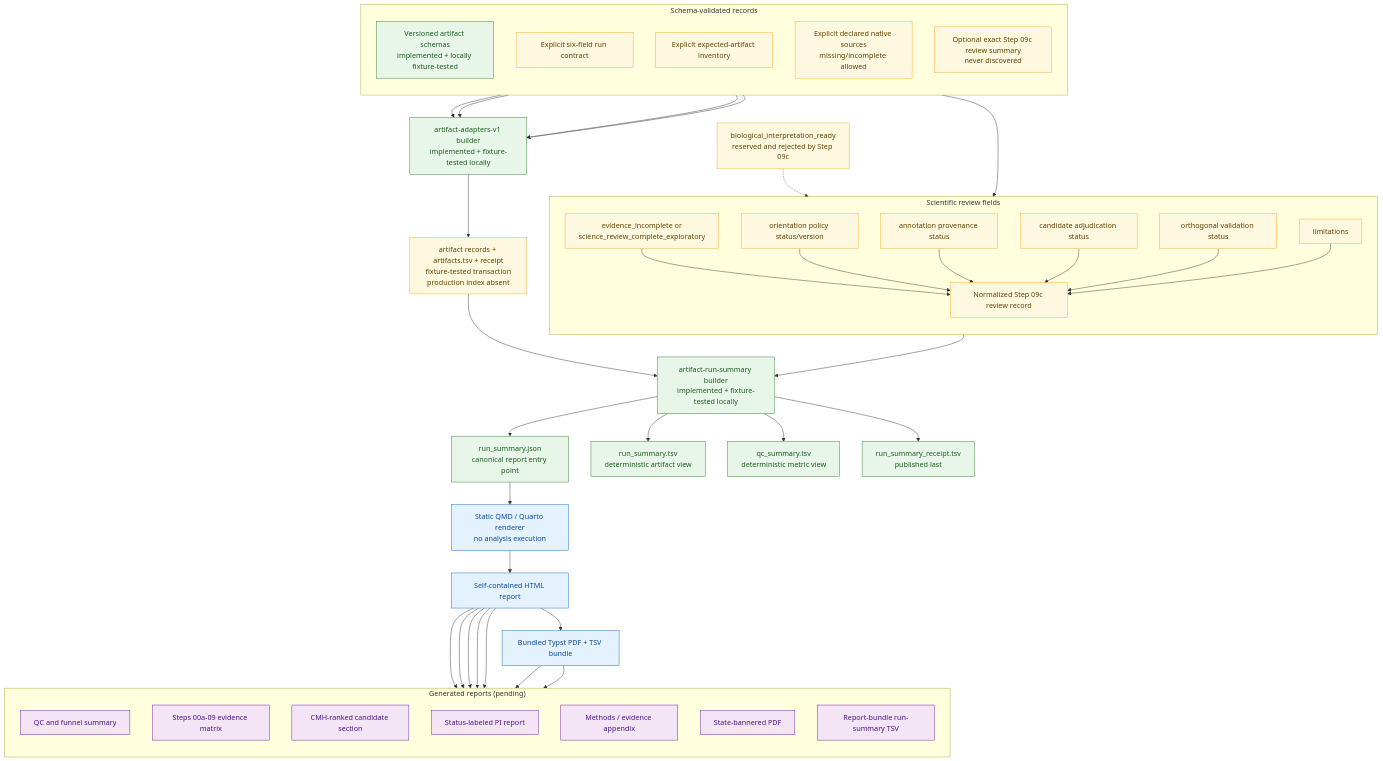
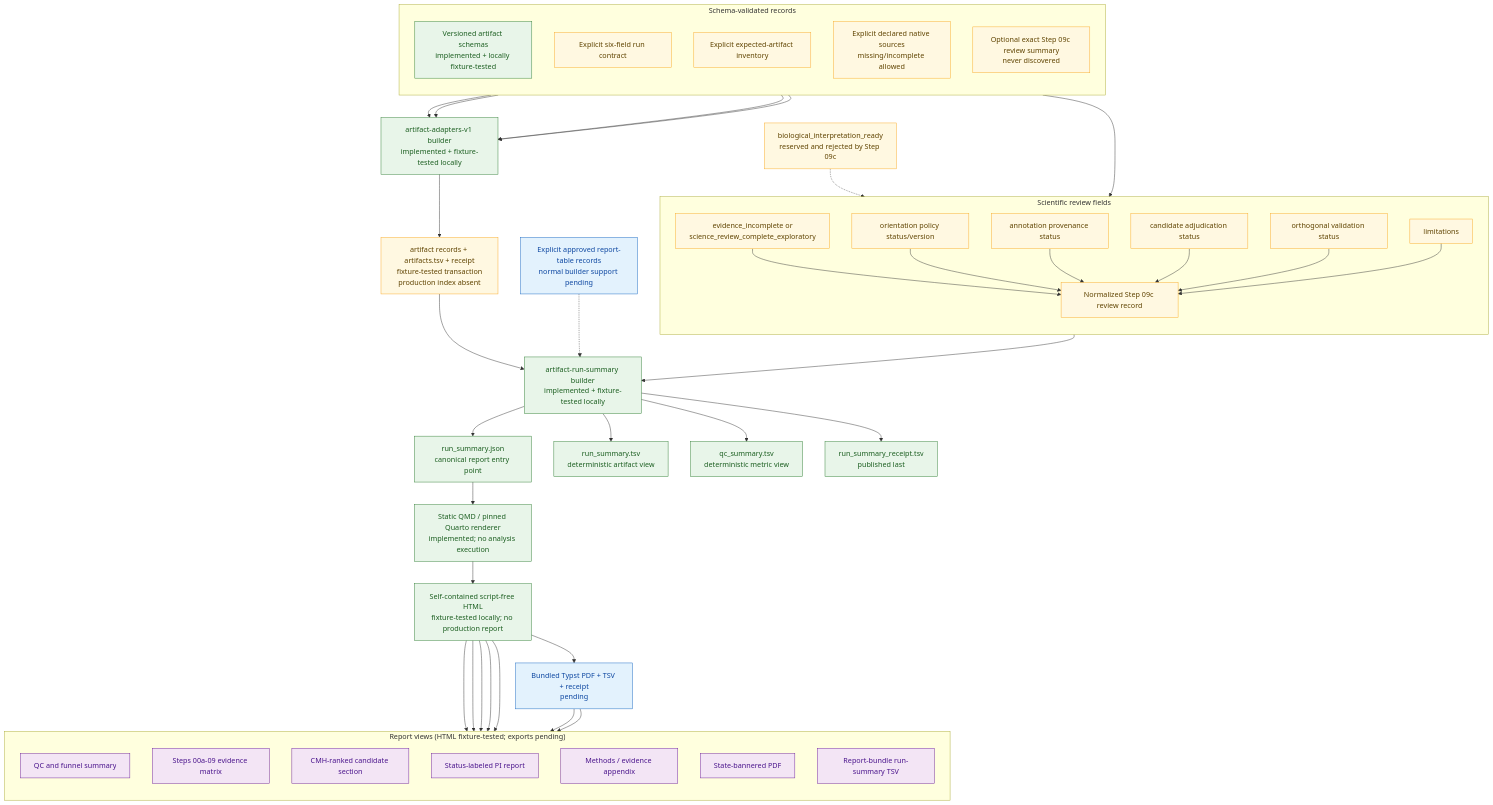
Before and after one commit to lab-cats/EMRYS: the diagram in docs/architecture/diagrams/future_reporting_layer.mmd, drawn with Mermaid. The commit also changed 18 other files, not shown here.

Commit message:
report html v1 docpatch

```diff
--- a/docs/architecture/diagrams/future_reporting_layer.mmd
+++ b/docs/architecture/diagrams/future_reporting_layer.mmd
@@ -1,83 +1,85 @@
 flowchart TD
     classDef current fill:#e8f5e9,stroke:#2e7d32,color:#1b5e20
     classDef future fill:#e3f2fd,stroke:#1565c0,color:#0d47a1
     classDef contract fill:#fff8e1,stroke:#f9a825,color:#5f4300
     classDef reporting fill:#f3e5f5,stroke:#6a1b9a,color:#4a148c
 
     subgraph inputs["Schema-validated records"]
         direction TB
         schema["Versioned artifact schemas<br/>implemented + locally fixture-tested"]
         run_contract["Explicit six-field run contract"]
         inventory["Explicit expected-artifact inventory"]
         declared_sources["Explicit declared native sources<br/>missing/incomplete allowed"]
         science_summary["Optional exact Step 09c review summary<br/>never discovered"]
     end
 
     adapter_builder["artifact-adapters-v1 builder<br/>implemented + fixture-tested locally"]
     artifacts_tsv["artifact records + artifacts.tsv + receipt<br/>fixture-tested transaction<br/>production index absent"]
     aggregate["artifact-run-summary builder<br/>implemented + fixture-tested locally"]
     run_summary["run_summary.json<br/>canonical report entry point"]
     run_summary_tsv["run_summary.tsv<br/>deterministic artifact view"]
     qc_summary["qc_summary.tsv<br/>deterministic metric view"]
     summary_receipt["run_summary_receipt.tsv<br/>published last"]
-    generator["Static QMD / Quarto renderer<br/>no analysis execution"]
-    html["Self-contained HTML report"]
-    exports["Bundled Typst PDF + TSV bundle"]
+    approved_tables["Explicit approved report-table records<br/>normal builder support pending"]
+    generator["Static QMD / pinned Quarto renderer<br/>implemented; no analysis execution"]
+    html["Self-contained script-free HTML<br/>fixture-tested locally; no production report"]
+    exports["Bundled Typst PDF + TSV + receipt<br/>pending"]
 
     subgraph review["Scientific review fields"]
         direction TB
         review_status["evidence_incomplete or<br/>science_review_complete_exploratory"]
         orientation_status["orientation policy status/version"]
         annotation_status["annotation provenance status"]
         adjudication_status["candidate adjudication status"]
         orthogonal_status["orthogonal validation status"]
         limitations["limitations"]
         review_record["Normalized Step 09c review record"]
     end
 
-    subgraph outputs["Generated reports (pending)"]
+    subgraph outputs["Report views (HTML fixture-tested; exports pending)"]
         direction TB
         qc_report["QC and funnel summary"]
         validation_report["Steps 00a-09 evidence matrix"]
         candidate_report["CMH-ranked candidate section"]
         pi_report["Status-labeled PI report"]
         handoff_report["Methods / evidence appendix"]
         pdf_output["State-bannered PDF"]
         tsv_output["Report-bundle run-summary TSV"]
     end
 
     schema --> adapter_builder
     run_contract --> adapter_builder
     inventory --> adapter_builder
     declared_sources --> adapter_builder
     adapter_builder --> artifacts_tsv
     artifacts_tsv --> aggregate
     science_summary --> review_record --> aggregate
     aggregate --> run_summary
     aggregate --> run_summary_tsv
     aggregate --> qc_summary
     aggregate --> summary_receipt
+    approved_tables -.-> aggregate
     run_summary --> generator
     generator --> html
     html --> qc_report
     html --> validation_report
     html --> handoff_report
     html --> candidate_report
     html --> pi_report
     html --> exports
     exports --> pdf_output
     exports --> tsv_output
     review_status --> review_record
     orientation_status --> review_record
     annotation_status --> review_record
     adjudication_status --> review_record
     orthogonal_status --> review_record
     limitations --> review_record
     readylock["biological_interpretation_ready<br/>reserved and rejected by Step 09c"]
     readylock -.-> review_status
 
-    class schema,adapter_builder,aggregate,run_summary,run_summary_tsv,qc_summary,summary_receipt current
+    class schema,adapter_builder,aggregate,run_summary,run_summary_tsv,qc_summary,summary_receipt,generator,html current
     class run_contract,inventory,declared_sources,artifacts_tsv contract
     class science_summary,review_status,orientation_status,annotation_status,adjudication_status,orthogonal_status,limitations,review_record,readylock contract
-    class generator,html,exports future
+    class approved_tables,exports future
     class qc_report,validation_report,candidate_report,pi_report,handoff_report,pdf_output,tsv_output reporting
```
